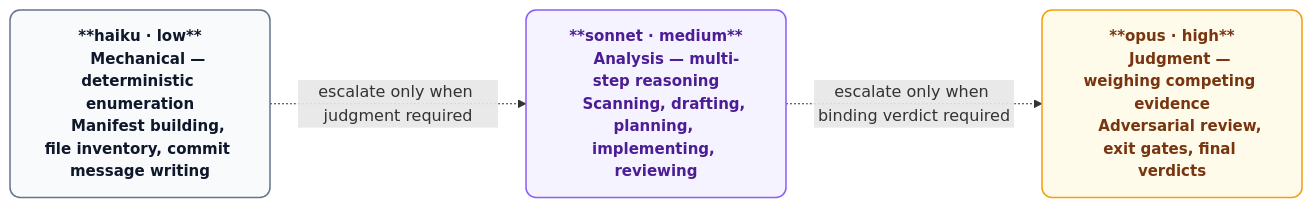
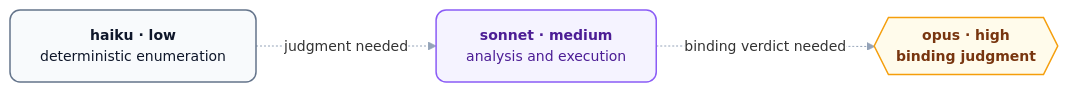
The fourth of 7 diagrams in ARCHITECTURE.md (orin-dx/agent-plugins), drawn with Mermaid before and after one commit. The commit also changed other lines of this file and 12 other files, not shown here.

Commit message:
docs: refresh Mermaid diagrams and visual standard

````diff
--- a/ARCHITECTURE.md
+++ b/ARCHITECTURE.md
@@ -161,26 +153,18 @@
 ```mermaid
-%%{init: {'flowchart': {'curve': 'basis', 'nodeSpacing': 40, 'rankSpacing': 56}}}%%
+%%{init: {'theme': 'base', 'flowchart': {'curve': 'basis', 'nodeSpacing': 40, 'rankSpacing': 56}, 'themeVariables': {'fontFamily': 'Inter, ui-sans-serif, system-ui, sans-serif', 'fontSize': '14px', 'lineColor': '#94a3b8', 'edgeLabelBackground': '#ffffff'}}}%%
 flowchart LR
-    classDef store fill:#f8fafc,stroke:#64748b,stroke-width:1.5px,color:#0f172a,rx:10,ry:10,font-size:15px,font-weight:600;
-    classDef engine fill:#f5f3ff,stroke:#8b5cf6,stroke-width:1.5px,color:#4c1d95,rx:10,ry:10,font-size:15px,font-weight:600;
-    classDef router fill:#fffbeb,stroke:#f59e0b,stroke-width:1.5px,color:#78350f,rx:10,ry:10,font-size:15px,font-weight:600;
+    classDef store fill:#f8fafc,stroke:#64748b,stroke-width:1.5px,color:#0f172a,rx:10px,ry:10px;
+    classDef engine fill:#f5f3ff,stroke:#8b5cf6,stroke-width:1.5px,color:#4c1d95,rx:10px,ry:10px;
+    classDef router fill:#fffbeb,stroke:#f59e0b,stroke-width:1.5px,color:#78350f,rx:10px,ry:10px,font-weight:600;
 
-    H["**haiku · low**
-    Mechanical — deterministic enumeration
-    Manifest building, file inventory, commit message writing"]
+    H["<b>haiku · low</b><br/>deterministic enumeration"]
+    S["<b>sonnet · medium</b><br/>analysis and execution"]
+    O{{"<b>opus · high</b><br/>binding judgment"}}
 
-    S["**sonnet · medium**
-    Analysis — multi-step reasoning
-    Scanning, drafting, planning, implementing, reviewing"]
-
-    O["**opus · high**
-    Judgment — weighing competing evidence
-    Adversarial review, exit gates, final verdicts"]
-
-    H -. "escalate only when judgment required" .-> S
-    S -. "escalate only when binding verdict required" .-> O
+    H -.->|"judgment needed"| S
+    S -.->|"binding verdict needed"| O
 
     class H store
     class S engine
     class O router
 ```
````
